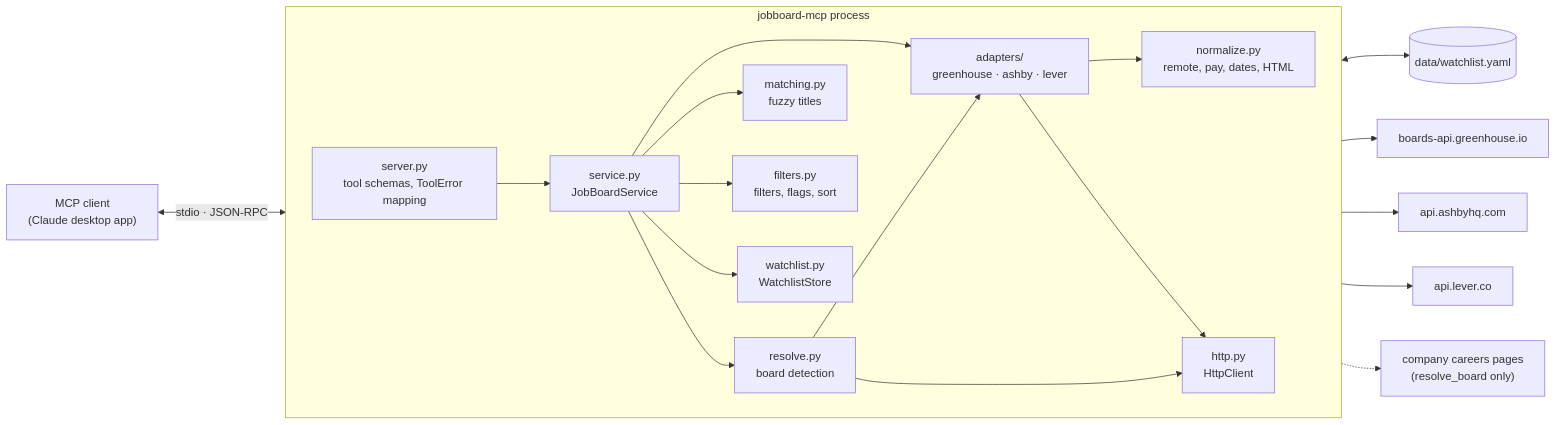
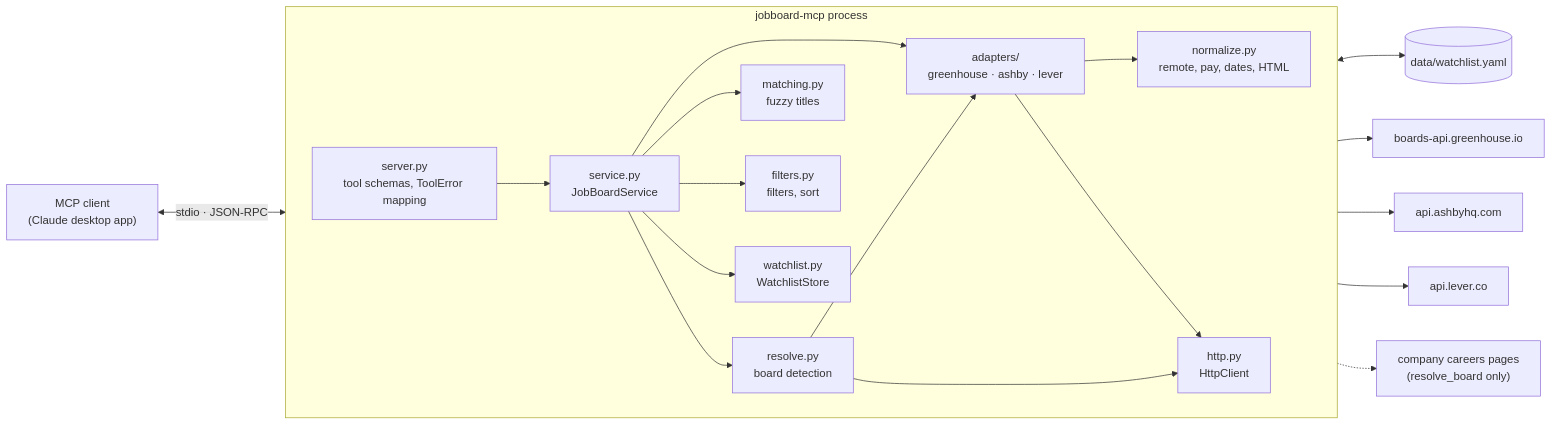
One commit to HakujouRyu/jobboard-mcp changed the first of 7 diagrams in docs/architecture.md. Above: the diagram before and after it, drawn with Mermaid. The commit also changed other lines of this file and 13 other files, not shown here.

````diff
--- a/docs/architecture.md
+++ b/docs/architecture.md
@@ -18,40 +18,40 @@
 ```mermaid
 flowchart LR
     client["MCP client<br/>(Claude desktop app)"]
 
     subgraph proc["jobboard-mcp process"]
         direction LR
         server["server.py<br/>tool schemas, ToolError mapping"]
         service["service.py<br/>JobBoardService"]
         adapters["adapters/<br/>greenhouse · ashby · lever"]
         resolve["resolve.py<br/>board detection"]
         matching["matching.py<br/>fuzzy titles"]
-        filters["filters.py<br/>filters, flags, sort"]
+        filters["filters.py<br/>filters, sort"]
         normalize["normalize.py<br/>remote, pay, dates, HTML"]
         store["watchlist.py<br/>WatchlistStore"]
         http["http.py<br/>HttpClient"]
     end
 
     yaml[("data/watchlist.yaml")]
     gh["boards-api.greenhouse.io"]
     ash["api.ashbyhq.com"]
     lev["api.lever.co"]
     careers["company careers pages<br/>(resolve_board only)"]
 
     client <-->|"stdio · JSON-RPC"| server
     server --> service
     service --> adapters
     service --> resolve
     service --> matching
     service --> filters
     service --> store
     adapters --> normalize
     resolve --> adapters
     adapters --> http
     resolve --> http
     store <--> yaml
     http --> gh
     http --> ash
     http --> lev
     http -.-> careers
 ```
````
